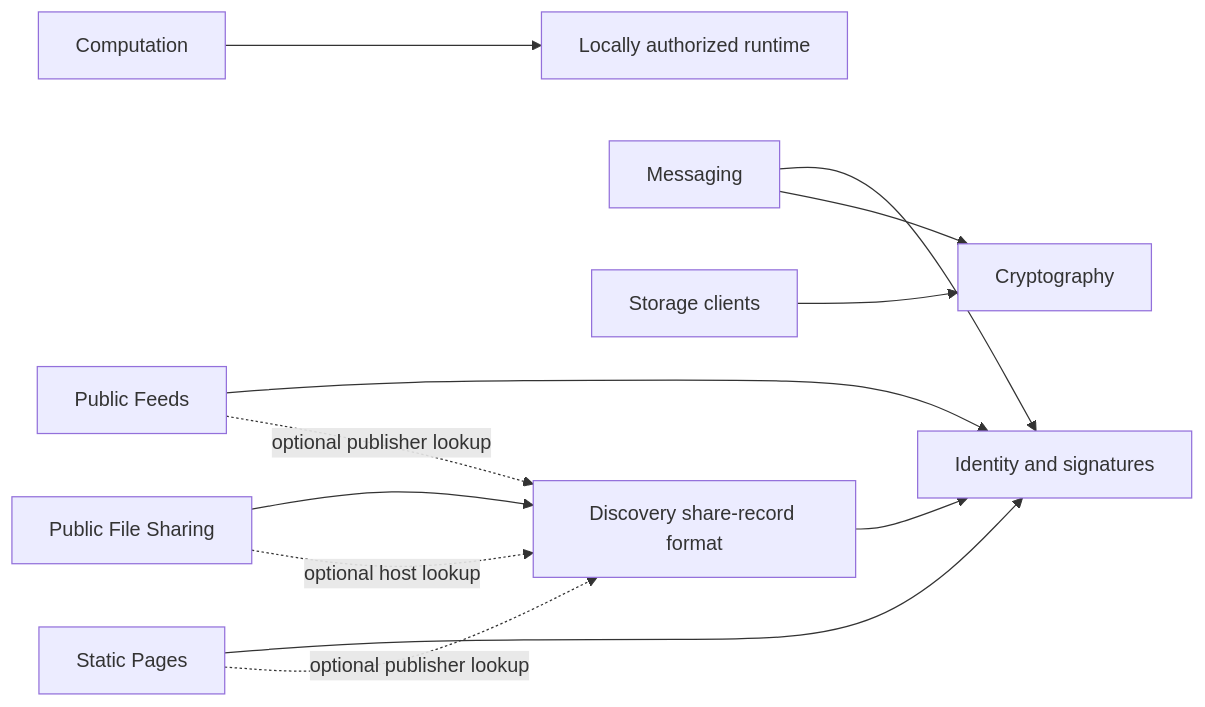
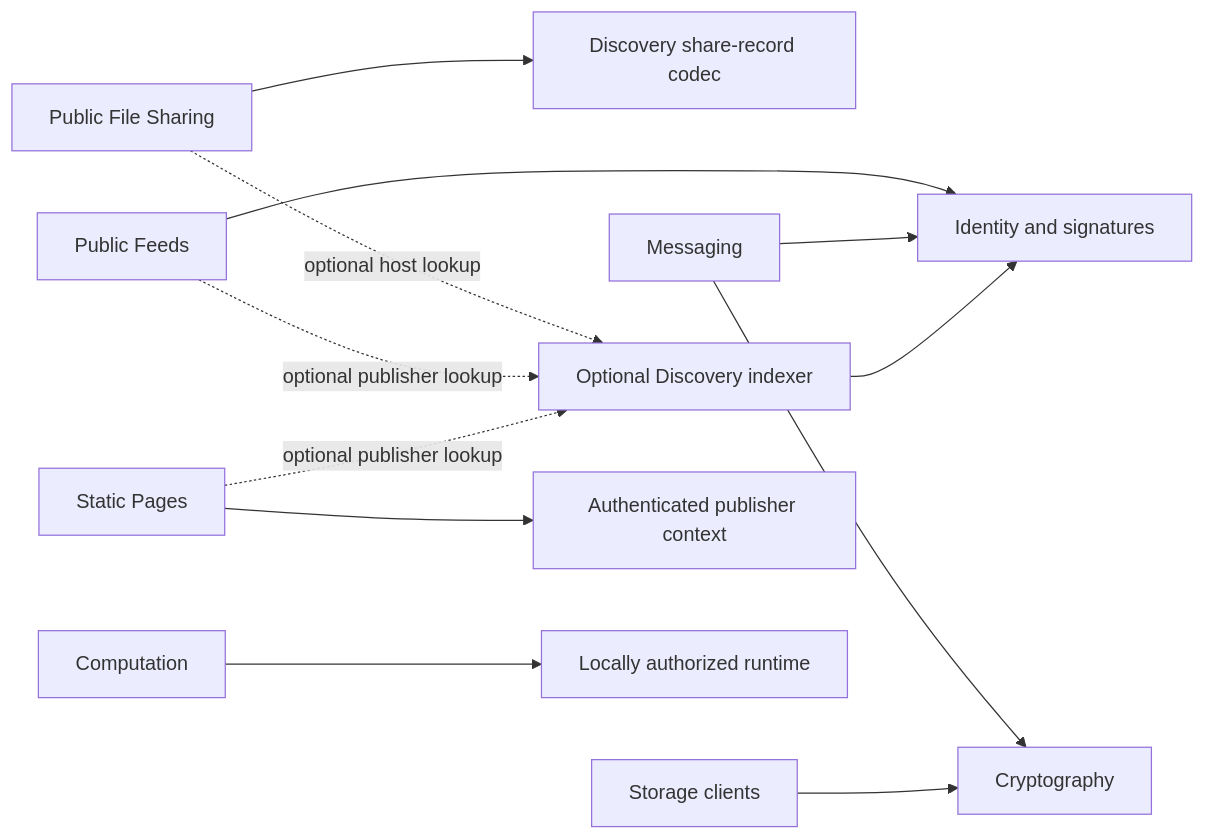
One commit to beothorn/CR2SE changed the second of 3 diagrams in Architecture.md. Above: the diagram before and after it, drawn with Mermaid. The commit also changed other lines of this file and 52 other files, not shown here.

````diff
--- a/Architecture.md
+++ b/Architecture.md
@@ -40,14 +85,14 @@
 ```mermaid
 flowchart LR
-    Files[Public File Sharing] --> Discovery[Discovery share-record format]
+    Files[Public File Sharing] --> Records[Discovery share-record codec]
     Feeds[Public Feeds] --> Identity[Identity and signatures]
     Messaging[Messaging] --> Identity
     Messaging --> Crypto[Cryptography]
     Discovery --> Identity
     Storage[Storage clients] --> Crypto
-    Pages[Static Pages] --> Identity
+    Pages[Static Pages] --> Provenance[Authenticated publisher context]
     Compute[Computation] --> Runtime[Locally authorized runtime]
-    Files -. optional host lookup .-> Discovery
+    Files -. optional host lookup .-> Discovery[Optional Discovery indexer]
     Feeds -. optional publisher lookup .-> Discovery
     Pages -. optional publisher lookup .-> Discovery
 ```
````
